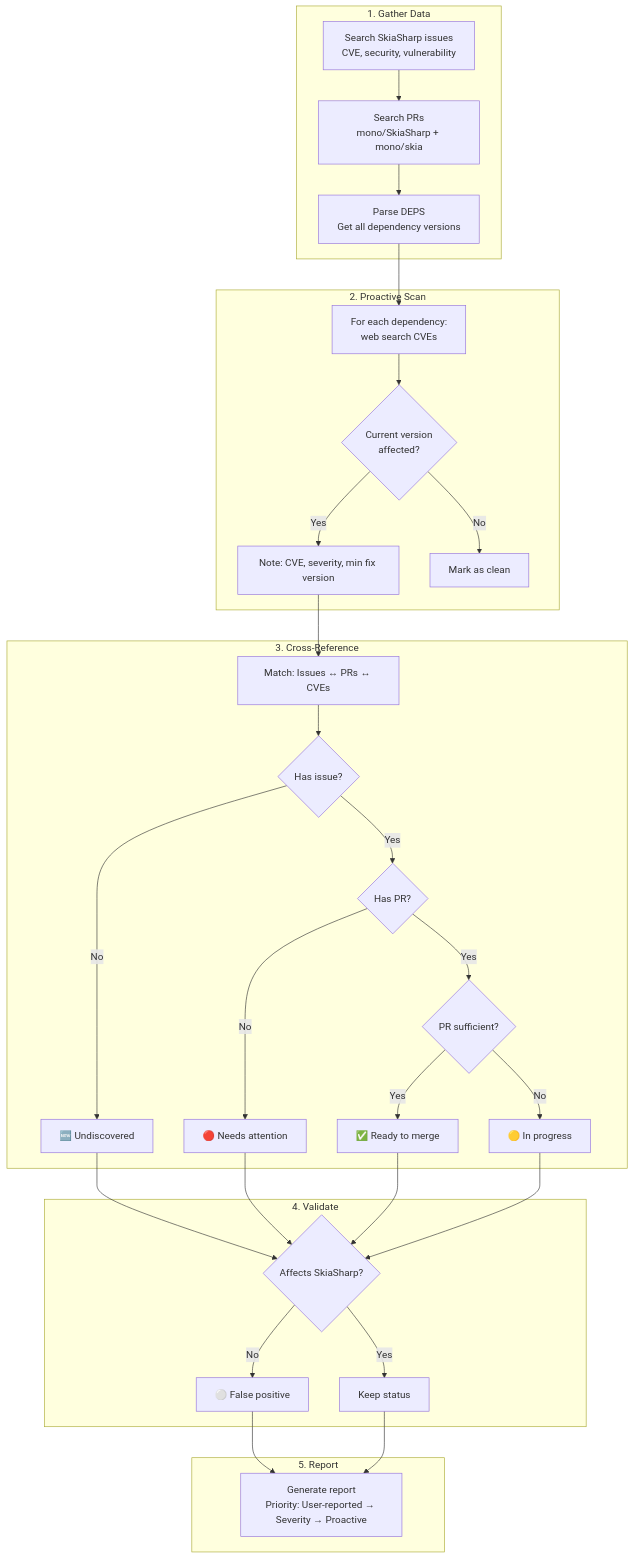
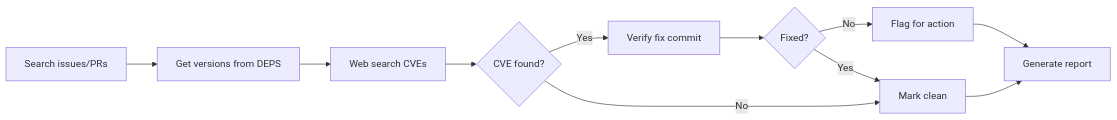
The diagram in .github/skills/security-audit/SKILL.md (mono/SkiaSharp), drawn with Mermaid before and after one commit. The commit also changed other lines of this file and 9 other files, not shown here.

````diff
--- a/.github/skills/security-audit/SKILL.md
+++ b/.github/skills/security-audit/SKILL.md
@@ -28,35 +33,13 @@
 ```mermaid
-flowchart TD
-    subgraph "1. Gather Data"
-        A[Search SkiaSharp issues<br/>CVE, security, vulnerability] --> B[Search PRs<br/>mono/SkiaSharp + mono/skia]
-        B --> C[Parse DEPS<br/>Get all dependency versions]
-    end
-
-    subgraph "2. Proactive Scan"
-        C --> D[For each dependency:<br/>web search CVEs]
-        D --> E{Current version<br/>affected?}
-        E -->|Yes| F[Note: CVE, severity, min fix version]
-        E -->|No| G[Mark as clean]
-    end
-
-    subgraph "3. Cross-Reference"
-        F --> H[Match: Issues ↔ PRs ↔ CVEs]
-        H --> I{Has issue?}
-        I -->|Yes| J{Has PR?}
-        I -->|No| K[🆕 Undiscovered]
-        J -->|Yes| L{PR sufficient?}
-        J -->|No| M[🔴 Needs attention]
-        L -->|Yes| N[✅ Ready to merge]
-        L -->|No| O[🟡 In progress]
-    end
-
-    subgraph "4. Validate"
-        K & M & N & O --> P{Affects SkiaSharp?}
-        P -->|No| Q[⚪ False positive]
-        P -->|Yes| R[Keep status]
-    end
-
-    subgraph "5. Report"
-        Q & R --> S[Generate report<br/>Priority: User-reported → Severity → Proactive]
-    end
+flowchart LR
+    A[Search issues/PRs] --> B[Get versions from DEPS]
+    B --> C[Web search CVEs]
+    C --> D{CVE found?}
+    D -->|Yes| E[Verify fix commit]
+    E --> F{Fixed?}
+    F -->|No| G[Flag for action]
+    F -->|Yes| H[Mark clean]
+    D -->|No| H
+    G --> I[Generate report]
+    H --> I
 ```
````
